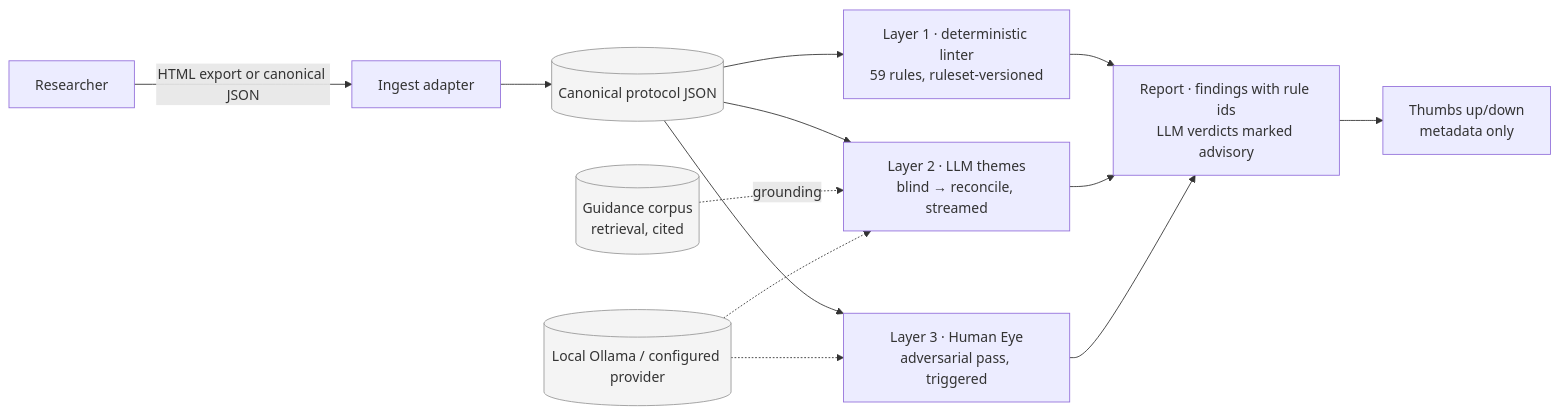
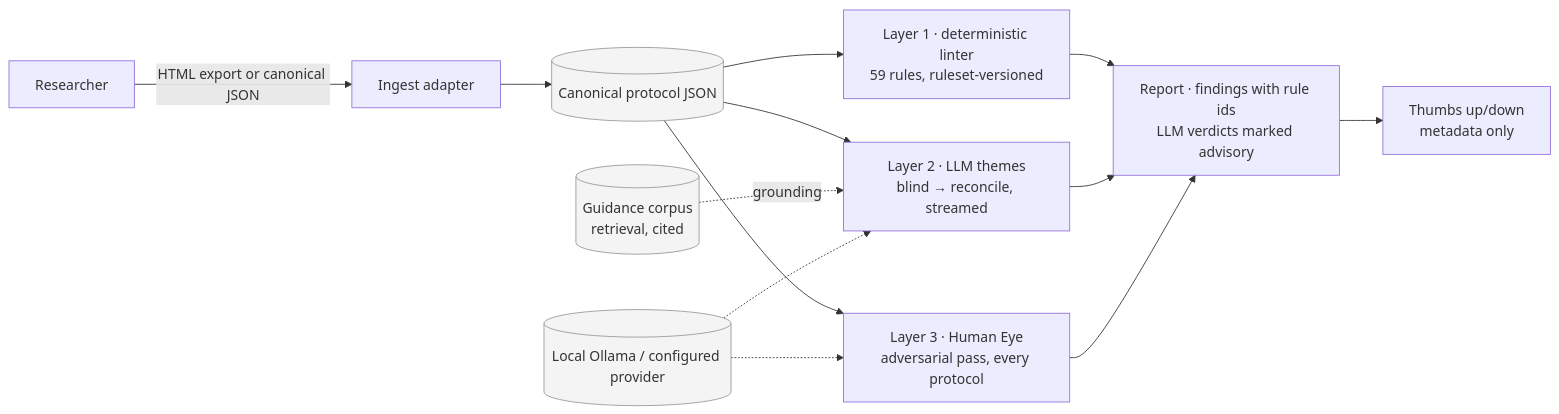
Before and after one commit to nave121/EtiqTech: the diagram in README.md, drawn with Mermaid. The commit also changed other lines of this file and 20 other files, not shown here.

````diff
--- a/README.md
+++ b/README.md
@@ -87,17 +87,17 @@
 ```mermaid
 flowchart LR
     U[Researcher] -->|HTML export or canonical JSON| A[Ingest adapter]
     A --> I[(Canonical protocol JSON)]
     I --> L1[Layer 1 · deterministic linter<br/>59 rules, ruleset-versioned]
     I --> L2[Layer 2 · LLM themes<br/>blind → reconcile, streamed]
-    I --> L3[Layer 3 · Human Eye<br/>adversarial pass, triggered]
+    I --> L3[Layer 3 · Human Eye<br/>adversarial pass, every protocol]
     G[(Guidance corpus<br/>retrieval, cited)] -.grounding.-> L2
     O[(Local Ollama / configured provider)] -.-> L2
     O -.-> L3
     L1 --> R[Report · findings with rule ids<br/>LLM verdicts marked advisory]
     L2 --> R
     L3 --> R
     R --> F[Thumbs up/down<br/>metadata only]
     classDef store fill:#f4f4f4,stroke:#999;
     class I,G,O store;
 ```
````
